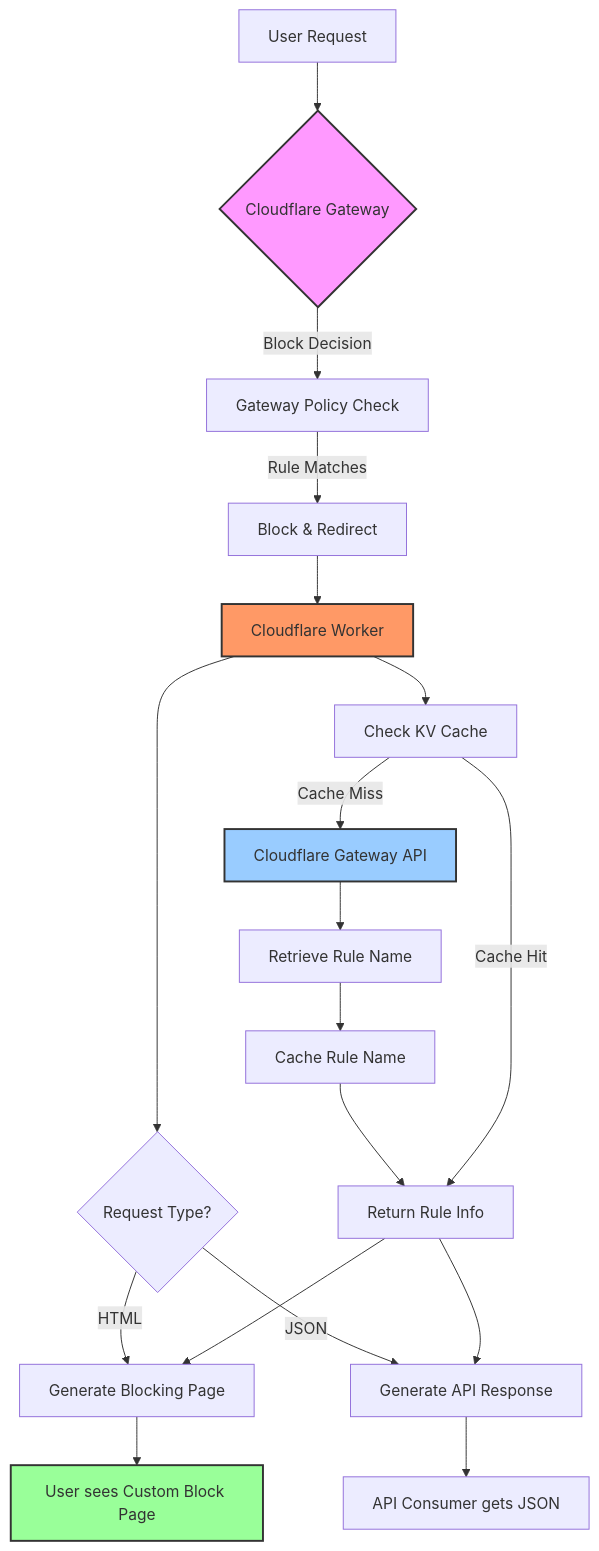
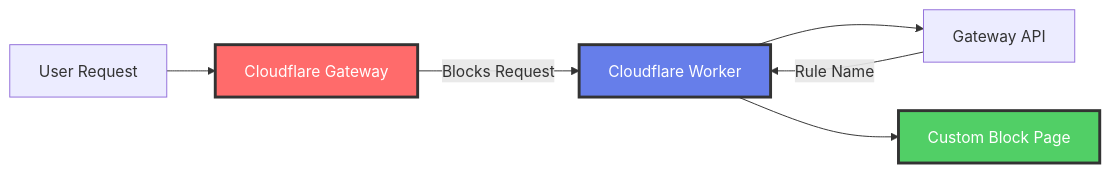
Before and after one commit to macharpe/cloudflare-gateway-rule-blocking-page: the diagram in README.md, drawn with Mermaid. The commit also changed other lines of this file and 2 other files, not shown here.

Commit message:
Add GPL v3 license, deploy button, and simplified architecture diagram
- Added GNU General Public License v3.0 LICENSE file
- Updated package.json license field to GPL-3.0-or-later
- Added 'Deploy to Cloudflare Workers' button to README
- Simplified architecture diagram to show high-level flow
- Updated README license section to reference GPL v3

````diff
--- a/README.md
+++ b/README.md
@@ -18,25 +18,12 @@
 ```mermaid
-graph TB
-    A[User Request] --> B{Cloudflare Gateway}
-    B -->|Block Decision| C[Gateway Policy Check]
-    C -->|Rule Matches| D[Block & Redirect]
-    D --> E[Cloudflare Worker]
-    E --> F{Request Type?}
-    F -->|HTML| G[Generate Blocking Page]
-    F -->|JSON| H[Generate API Response]
-    E --> I[Check KV Cache]
-    I -->|Cache Miss| J[Cloudflare Gateway API]
-    J --> K[Retrieve Rule Name]
-    K --> L[Cache Rule Name]
-    L --> M[Return Rule Info]
-    I -->|Cache Hit| M
-    M --> G
-    M --> H
-    G --> N[User sees Custom Block Page]
-    H --> O[API Consumer gets JSON]
+graph LR
+    A[User Request] --> B[Cloudflare Gateway]
+    B -->|Blocks Request| C[Cloudflare Worker]
+    C --> D[Gateway API]
+    D -->|Rule Name| C
+    C --> E[Custom Block Page]
     
-    style B fill:#f9f,stroke:#333,stroke-width:2px
-    style E fill:#f96,stroke:#333,stroke-width:2px
-    style J fill:#9cf,stroke:#333,stroke-width:2px
-    style N fill:#9f9,stroke:#333,stroke-width:2px
+    style B fill:#ff6b6b,stroke:#333,stroke-width:3px,color:#fff
+    style C fill:#667eea,stroke:#333,stroke-width:3px,color:#fff
+    style E fill:#51cf66,stroke:#333,stroke-width:3px,color:#fff
 ```
````
